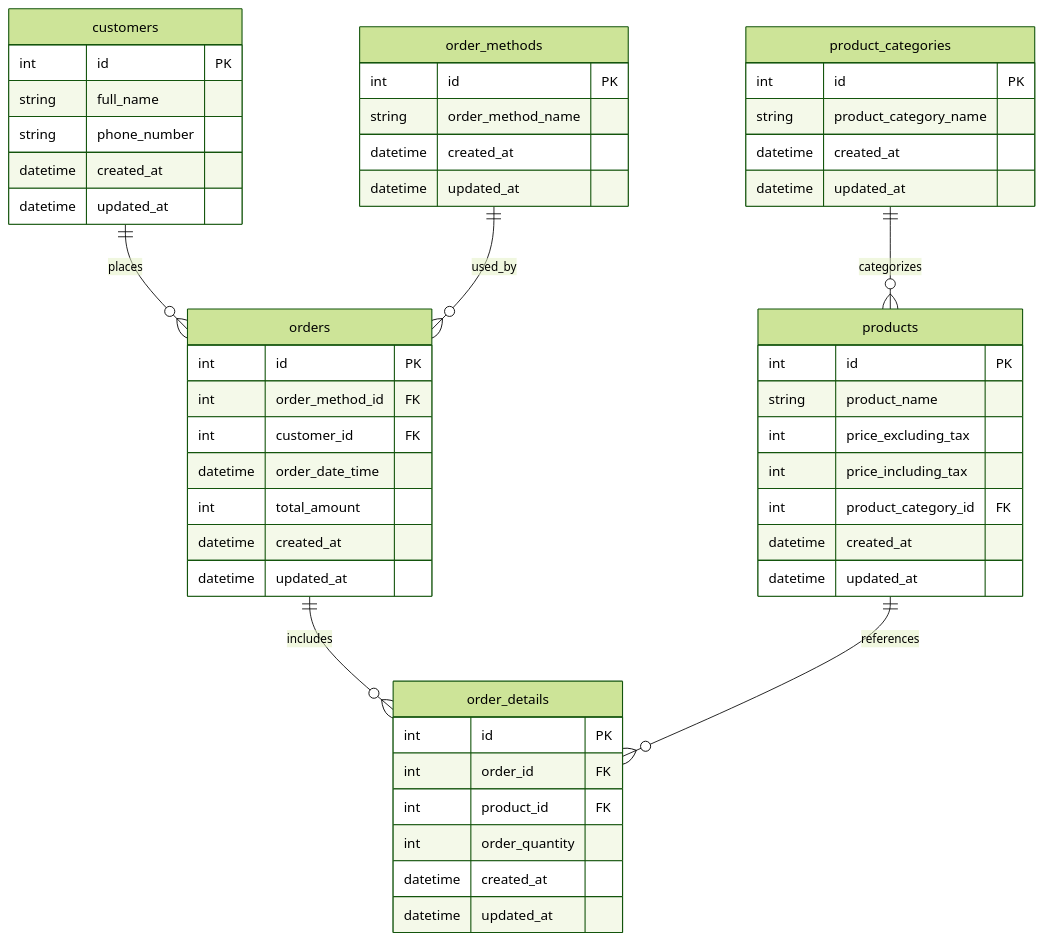
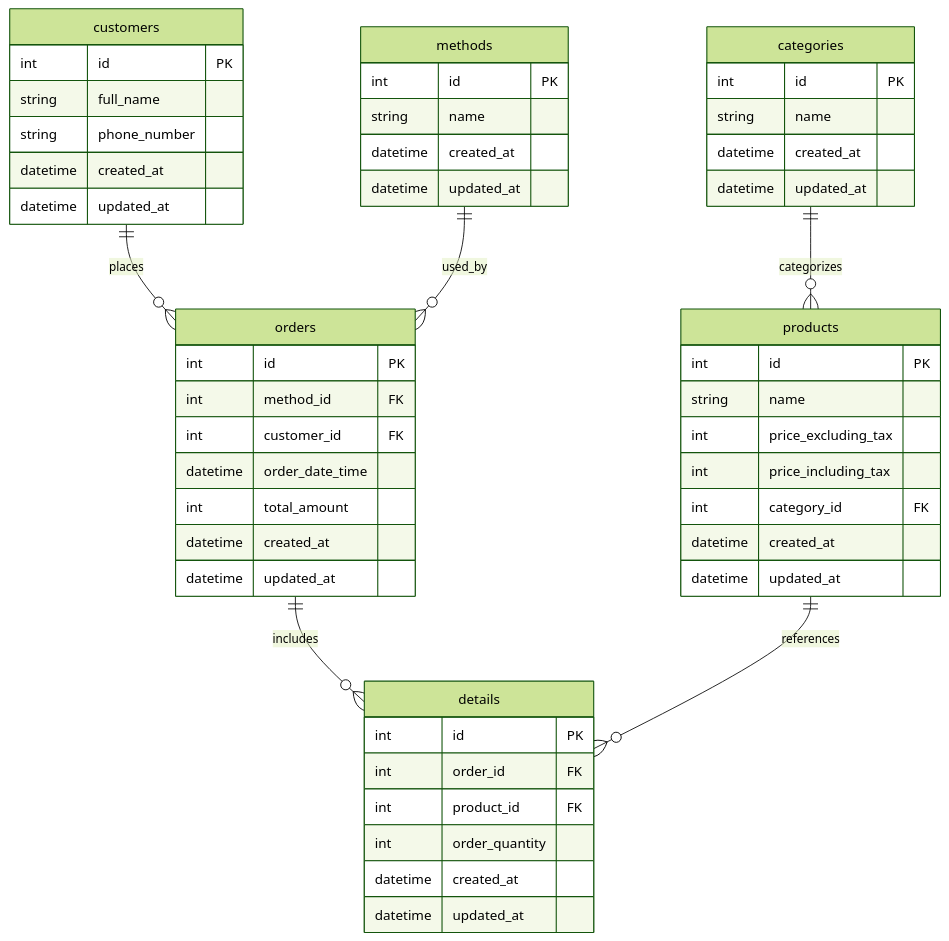
The diagram in lesson1/lesson1_en.md (mikuta001/ERD), drawn with Mermaid (forest theme) before and after one commit. The commit also changed 1 other file, not shown here.

Commit message:
テーブル名、カラム名変更

````diff
--- a/lesson1/lesson1_en.md
+++ b/lesson1/lesson1_en.md
@@ -1,60 +1,60 @@
 ```mermaid
 erDiagram
 
     products {
         int id PK
-        string product_name
+        string name
         int price_excluding_tax
         int price_including_tax
-        int product_category_id FK
+        int category_id FK
         datetime created_at
         datetime updated_at
     }
 
-    product_categories {
+    categories {
         int id PK
-        string product_category_name
+        string name
         datetime created_at
         datetime updated_at
     }
 
     orders {
         int id PK
-        int order_method_id FK
+        int method_id FK
         int customer_id FK
         datetime order_date_time
         int total_amount
         datetime created_at
         datetime updated_at
     }
 
-    order_details {
+    details {
         int id PK
         int order_id FK
         int product_id FK
         int order_quantity
         datetime created_at
         datetime updated_at
     }
 
     customers {
         int id PK
         string full_name
         string phone_number
         datetime created_at
         datetime updated_at
     }
 
-    order_methods {
+    methods {
         int id PK
-        string order_method_name
+        string name
         datetime created_at
         datetime updated_at
     }
 
-    product_categories ||--o{ products : categorizes
+    categories ||--o{ products : categorizes
     customers ||--o{ orders : places
-    order_methods ||--o{ orders : used_by
-    orders ||--o{ order_details : includes
-    products ||--o{ order_details : references
+    methods ||--o{ orders : used_by
+    orders ||--o{ details : includes
+    products ||--o{ details : references
 ```
````
